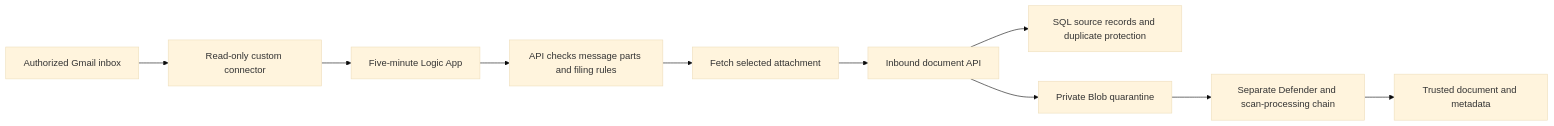
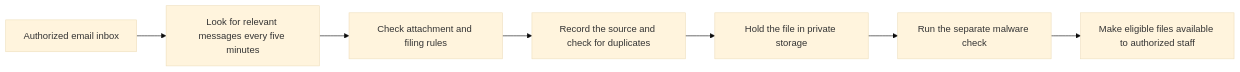
One commit to truthofsource/azure-logic-apps-document-ingestion changed the diagram in README.md. Above: the diagram before and after it, drawn with Mermaid (base theme). The commit also changed other lines of this file and 6 other files, not shown here.

````diff
--- a/README.md
+++ b/README.md
@@ -21,12 +23,9 @@
 ```mermaid
 flowchart LR
-  Mail[Authorized Gmail inbox] --> Connector[Read-only custom connector]
-  Connector --> Logic[Five-minute Logic App]
-  Logic --> Planner[API checks message parts and filing rules]
-  Planner --> Selected[Fetch selected attachment]
-  Selected --> API[Inbound document API]
-  API --> Ledger[SQL source records and duplicate protection]
-  API --> Quarantine[Private Blob quarantine]
-  Quarantine --> Scan[Separate Defender and scan-processing chain]
-  Scan --> Trusted[Trusted document and metadata]
+  Inbox[Authorized email inbox] --> Schedule[Look for relevant messages every five minutes]
+  Schedule --> Rules[Check attachment and filing rules]
+  Rules --> History[Record the source and check for duplicates]
+  History --> Hold[Hold the file in private storage]
+  Hold --> Scan[Run the separate malware check]
+  Scan --> Available[Make eligible files available to authorized staff]
 ```
````
